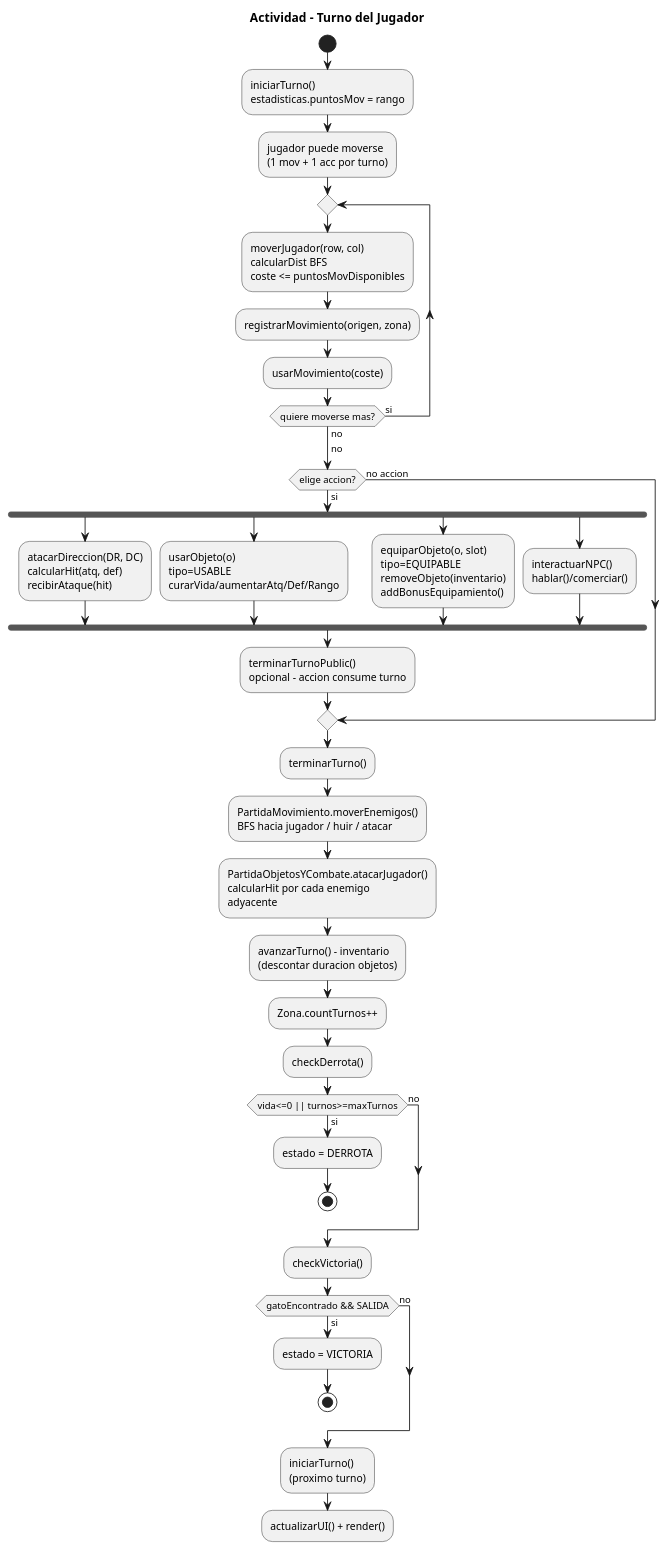
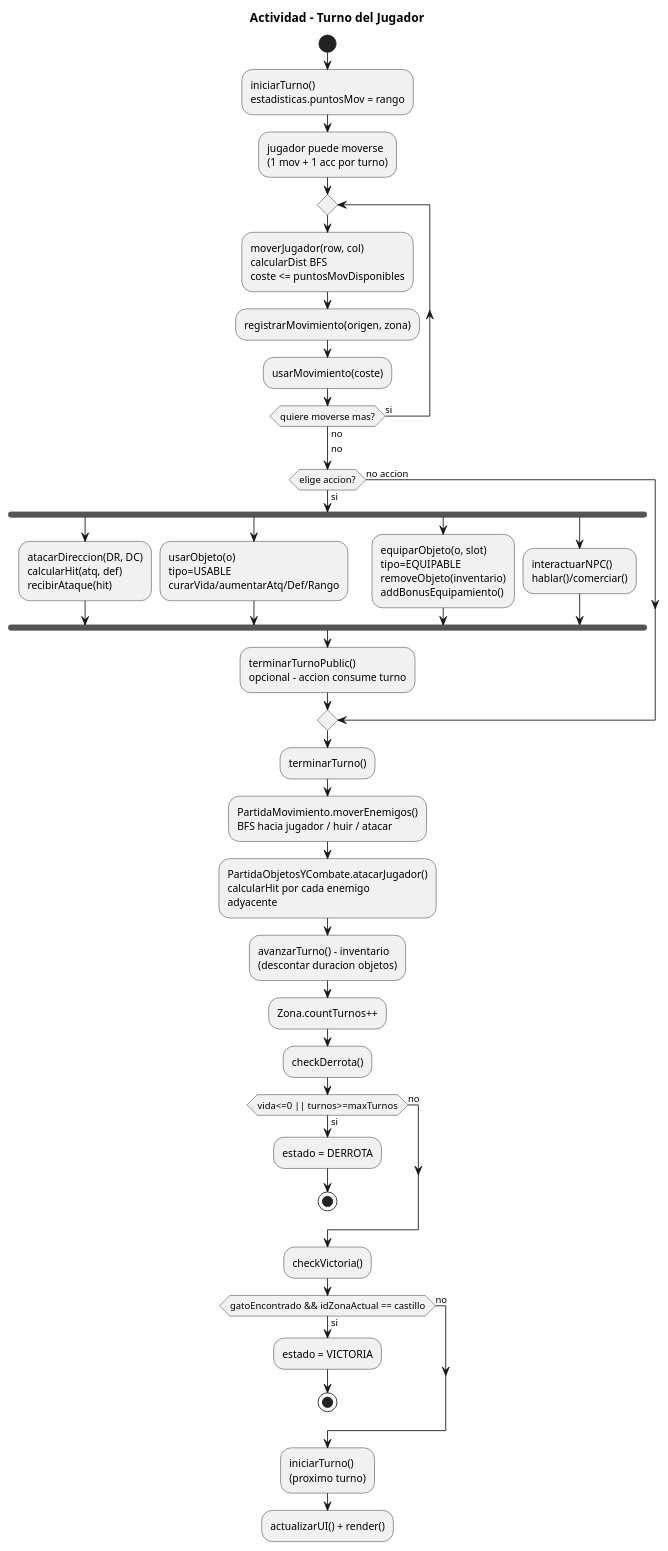
Before and after one commit to isagonz3/JuegoPracticaFinal: the diagram in UMLs/actividad_turno_jugador.puml, drawn with PlantUML. The commit also changed 15 other files, not shown here.

```diff
--- a/UMLs/actividad_turno_jugador.puml
+++ b/UMLs/actividad_turno_jugador.puml
@@ -1,50 +1,50 @@
 @startuml
 'https://plantuml.com/activity-diagram
 
 title Actividad - Turno del Jugador
 
 start
 :iniciarTurno()\nestadisticas.puntosMov = rango;
 :jugador puede moverse\n(1 mov + 1 acc por turno);
 
 repeat
   :moverJugador(row, col)\ncalcularDist BFS\ncoste <= puntosMovDisponibles;
   :registrarMovimiento(origen, zona);
   :usarMovimiento(coste);
 repeat while (quiere moverse mas?) is (si) not (no)
 ->no;
 
 if (elige accion?) then (si)
   fork
     :atacarDireccion(DR, DC)\ncalcularHit(atq, def)\nrecibirAtaque(hit);
   fork again
     :usarObjeto(o)\ntipo=USABLE\ncurarVida/aumentarAtq/Def/Rango;
   fork again
     :equiparObjeto(o, slot)\ntipo=EQUIPABLE\nremoveObjeto(inventario)\naddBonusEquipamiento();
   fork again
     :interactuarNPC()\nhablar()/comerciar();
   end fork
   :terminarTurnoPublic()\nopcional - accion consume turno;
 else (no accion)
 endif
 
 :terminarTurno();
 :PartidaMovimiento.moverEnemigos()\nBFS hacia jugador / huir / atacar;
 :PartidaObjetosYCombate.atacarJugador()\ncalcularHit por cada enemigo\nadyacente;
 :avanzarTurno() - inventario\n(descontar duracion objetos);
 :Zona.countTurnos++;
 :checkDerrota();
 if (vida<=0 || turnos>=maxTurnos) then (si)
   :estado = DERROTA;
   stop
 else (no)
 endif
 :checkVictoria();
-if (gatoEncontrado && SALIDA) then (si)
+if (gatoEncontrado && idZonaActual == castillo) then (si)
   :estado = VICTORIA;
   stop
 else (no)
 endif
 :iniciarTurno()\n(proximo turno);
 :actualizarUI() + render();
 @enduml
```
